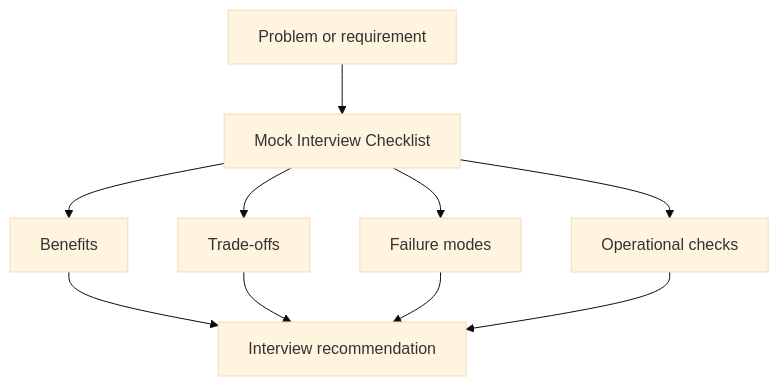
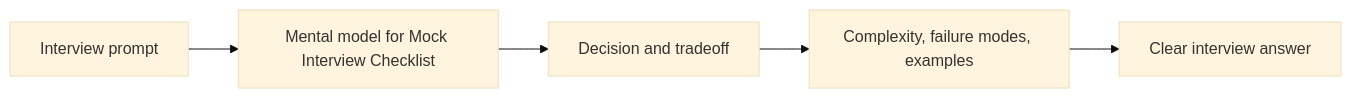
Before and after one commit to abstractinterviews/abstractinterviews.github.io: the diagram in interview/mock-interview-checklist/index.md, drawn with Mermaid (base theme). The commit also changed other lines of this file and 278 other files, not shown here.

````diff
--- a/interview/mock-interview-checklist/index.md
+++ b/interview/mock-interview-checklist/index.md
@@ -121,12 +113,7 @@
-~~~mermaid
-flowchart TD
-    Problem["Problem or requirement"] --> Concept["Mock Interview Checklist"]
-    Concept --> Benefits["Benefits"]
-    Concept --> Tradeoffs["Trade-offs"]
-    Concept --> FailureModes["Failure modes"]
-    Concept --> Operations["Operational checks"]
-    Benefits --> Decision["Interview recommendation"]
-    Tradeoffs --> Decision
-    FailureModes --> Decision
-    Operations --> Decision
-~~~
+```mermaid
+flowchart LR
+    Problem["Interview prompt"] --> Model["Mental model for Mock Interview Checklist"]
+    Model --> Choice["Decision and tradeoff"]
+    Choice --> Evidence["Complexity, failure modes, examples"]
+    Evidence --> Answer["Clear interview answer"]
+```
````
